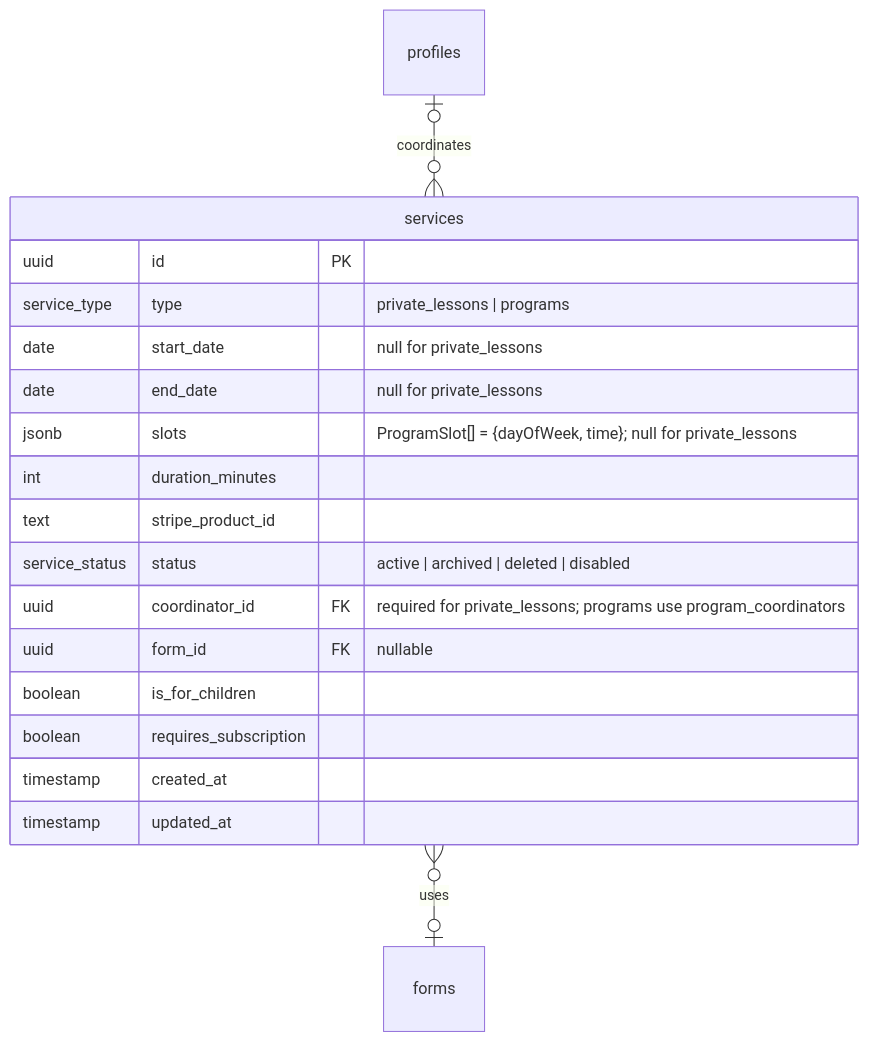
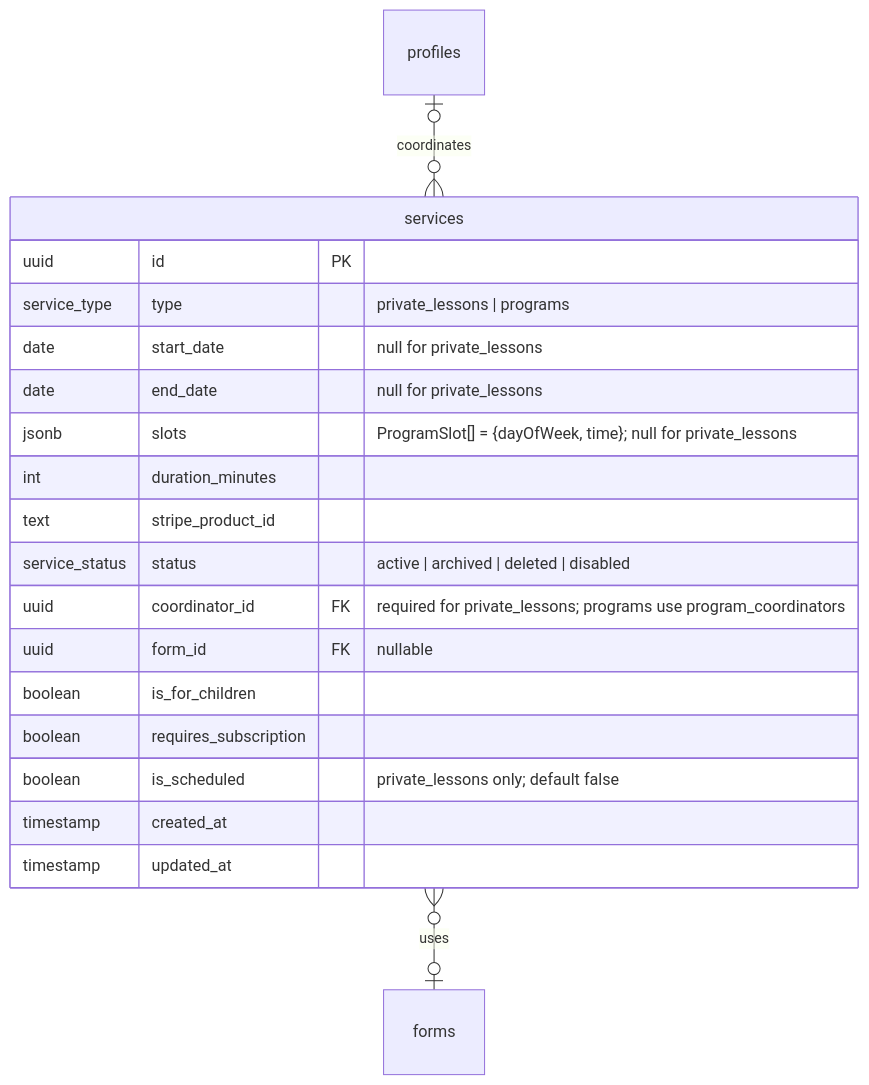
Before and after one commit to hack4impact/mcld-project: the first of 2 diagrams in docs/services.md, drawn with Mermaid. The commit also changed other lines of this file and 19 other files, not shown here.

Commit message:
feat(private-lessons): add scheduling functionality for private lessons

````diff
--- a/docs/services.md
+++ b/docs/services.md
@@ -10,22 +10,23 @@
 ```mermaid
 erDiagram
     services {
         uuid id PK
         service_type type "private_lessons | programs"
         date start_date "null for private_lessons"
         date end_date "null for private_lessons"
         jsonb slots "ProgramSlot[] = {dayOfWeek, time}; null for private_lessons"
         int duration_minutes
         text stripe_product_id
         service_status status "active | archived | deleted | disabled"
         uuid coordinator_id FK "required for private_lessons; programs use program_coordinators"
         uuid form_id FK "nullable"
         boolean is_for_children
         boolean requires_subscription
+        boolean is_scheduled "private_lessons only; default false"
         timestamp created_at
         timestamp updated_at
     }
 
     profiles |o--o{ services : "coordinates"
     services }o--o| forms : "uses"
 ```
````
